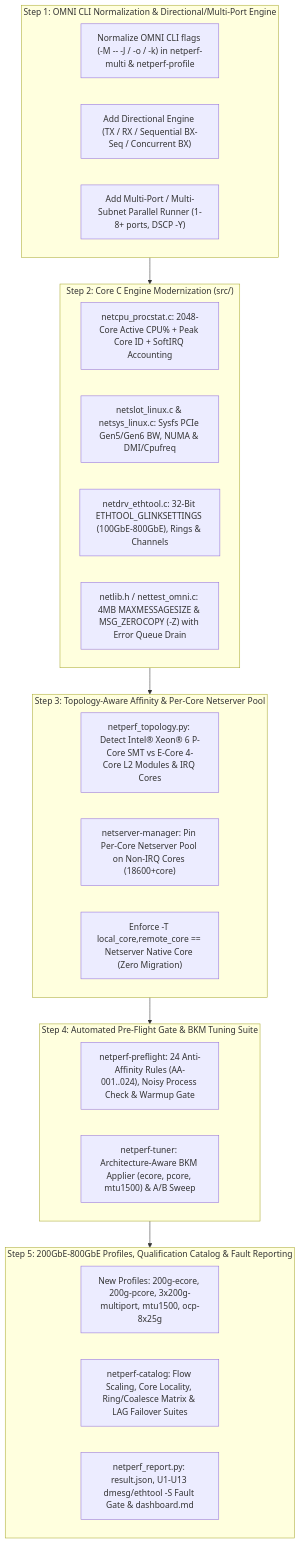
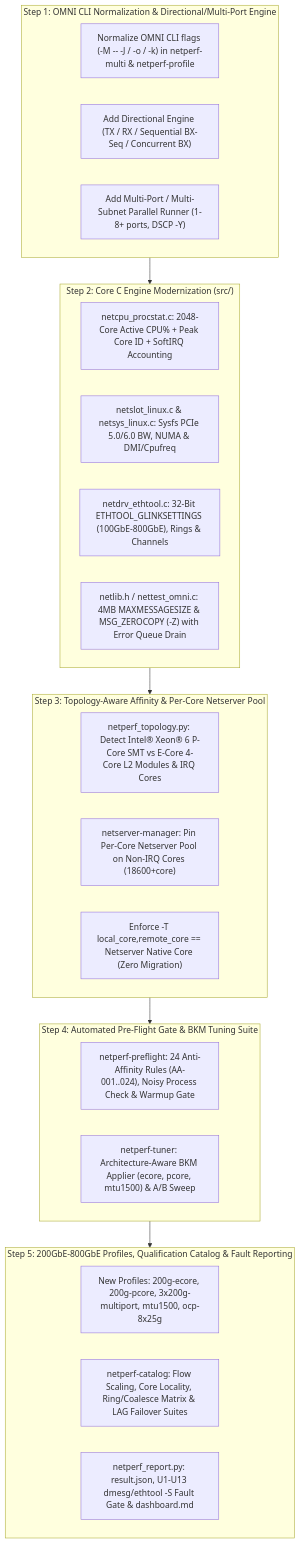
One commit to thehevy/netperf_copilot changed the diagram in dev/plans/phase-4-7-modernization-plan.md. Above: the diagram before and after it, drawn with Mermaid. The commit also changed 13 other files, not shown here.

Commit message:
style(pcie): use PCIe 4.0, PCIe 5.0, and PCIe 6.0 instead of Gen4/Gen5/Gen6 across docs, wiki, and tools

````diff
--- a/dev/plans/phase-4-7-modernization-plan.md
+++ b/dev/plans/phase-4-7-modernization-plan.md
@@ -52,34 +52,34 @@
 ```mermaid
 flowchart TD
     subgraph P4["Step 1: OMNI CLI Normalization & Directional/Multi-Port Engine"]
         A1["Normalize OMNI CLI flags (-M -- -J / -o / -k) in netperf-multi & netperf-profile"]
         A2["Add Directional Engine (TX / RX / Sequential BX-Seq / Concurrent BX)"]
         A3["Add Multi-Port / Multi-Subnet Parallel Runner (1-8+ ports, DSCP -Y)"]
     end
 
     subgraph P5["Step 2: Core C Engine Modernization (src/)"]
         B1["netcpu_procstat.c: 2048-Core Active CPU% + Peak Core ID + SoftIRQ Accounting"]
-        B2["netslot_linux.c & netsys_linux.c: Sysfs PCIe Gen5/Gen6 BW, NUMA & DMI/Cpufreq"]
+        B2["netslot_linux.c & netsys_linux.c: Sysfs PCIe 5.0/6.0 BW, NUMA & DMI/Cpufreq"]
         B3["netdrv_ethtool.c: 32-Bit ETHTOOL_GLINKSETTINGS (100GbE-800GbE), Rings & Channels"]
         B4["netlib.h / nettest_omni.c: 4MB MAXMESSAGESIZE & MSG_ZEROCOPY (-Z) with Error Queue Drain"]
     end
 
     subgraph P6["Step 3: Topology-Aware Affinity & Per-Core Netserver Pool"]
         C1["netperf_topology.py: Detect Intel® Xeon® 6 P-Core SMT vs E-Core 4-Core L2 Modules & IRQ Cores"]
         C2["netserver-manager: Pin Per-Core Netserver Pool on Non-IRQ Cores (18600+core)"]
         C3["Enforce -T local_core,remote_core == Netserver Native Core (Zero Migration)"]
     end
 
     subgraph P7["Step 4: Automated Pre-Flight Gate & BKM Tuning Suite"]
         D1["netperf-preflight: 24 Anti-Affinity Rules (AA-001..024), Noisy Process Check & Warmup Gate"]
         D2["netperf-tuner: Architecture-Aware BKM Applier (ecore, pcore, mtu1500) & A/B Sweep"]
     end
 
     subgraph P8["Step 5: 200GbE-800GbE Profiles, Qualification Catalog & Fault Reporting"]
         E1["New Profiles: 200g-ecore, 200g-pcore, 3x200g-multiport, mtu1500, ocp-8x25g"]
         E2["netperf-catalog: Flow Scaling, Core Locality, Ring/Coalesce Matrix & LAG Failover Suites"]
         E3["netperf_report.py: result.json, U1-U13 dmesg/ethtool -S Fault Gate & dashboard.md"]
     end
 
     P4 --> P5 --> P6 --> P7 --> P8
 ```
````
